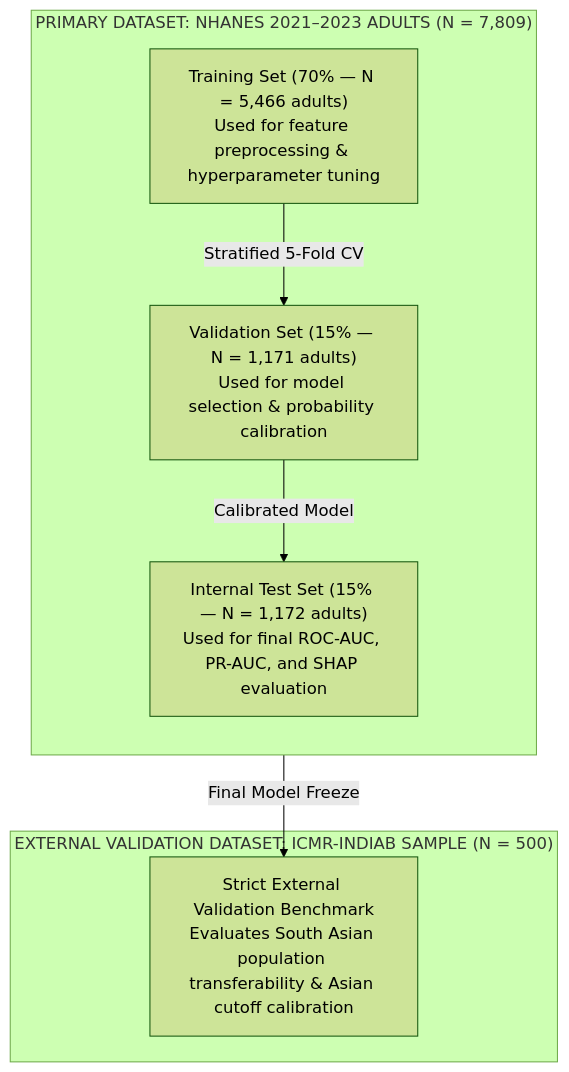
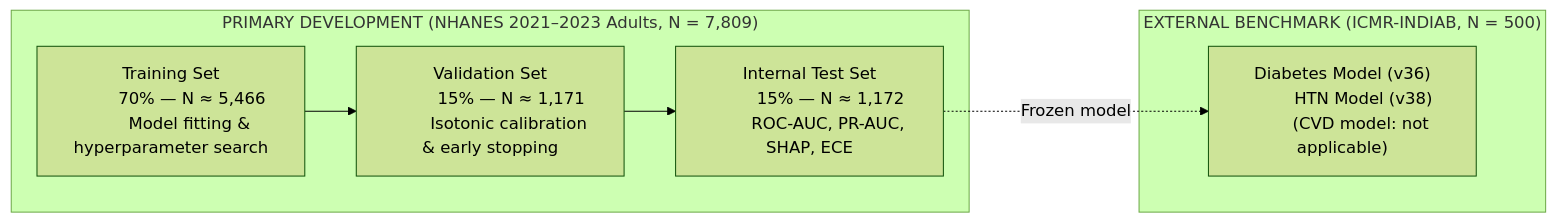
The second of 2 diagrams in backend/ml/data/MODEL_V2_DESIGN.md (nmit-1NT23CS201/AI-Health-Risk-Scoring-System), drawn with Mermaid (forest theme) before and after one commit. The commit also changed other lines of this file and 2 other files, not shown here.

````diff
--- a/backend/ml/data/MODEL_V2_DESIGN.md
+++ b/backend/ml/data/MODEL_V2_DESIGN.md
@@ -322,17 +490,21 @@
 ```mermaid
-flowchart TD
-    subgraph NHANES_DATASET["PRIMARY DATASET: NHANES 2021–2023 ADULTS (N = 7,809)"]
-        direction TB
-        TR["Training Set (70% — N = 5,466 adults)<br>Used for feature preprocessing & hyperparameter tuning"]
-        VAL["Validation Set (15% — N = 1,171 adults)<br>Used for model selection & probability calibration"]
-        TS["Internal Test Set (15% — N = 1,172 adults)<br>Used for final ROC-AUC, PR-AUC, and SHAP evaluation"]
+flowchart LR
+    subgraph PRIMARY["PRIMARY DEVELOPMENT (NHANES 2021–2023 Adults, N = 7,809)"]
+        TR["Training Set
+        70% — N ≈ 5,466
+        Model fitting & hyperparameter search"] --> VAL["Validation Set
+        15% — N ≈ 1,171
+        Isotonic calibration & early stopping"]
+        VAL --> TS["Internal Test Set
+        15% — N ≈ 1,172
+        ROC-AUC, PR-AUC, SHAP, ECE"]
     end
 
-    subgraph ICMR_DATASET["EXTERNAL VALIDATION DATASET: ICMR-INDIAB SAMPLE (N = 500)"]
-        EXT["Strict External Validation Benchmark<br>Evaluates South Asian population transferability & Asian cutoff calibration"]
+    subgraph EXTERNAL["EXTERNAL BENCHMARK (ICMR-INDIAB, N = 500)"]
+        EXT["Diabetes Model (v36)
+        HTN Model (v38)
+        (CVD model: not applicable)"]
     end
 
-    TR -->|Stratified 5-Fold CV| VAL
-    VAL -->|Calibrated Model| TS
-    TS -->|Final Model Freeze| EXT
+    TS -..->|Frozen model| EXT
 ```
````
